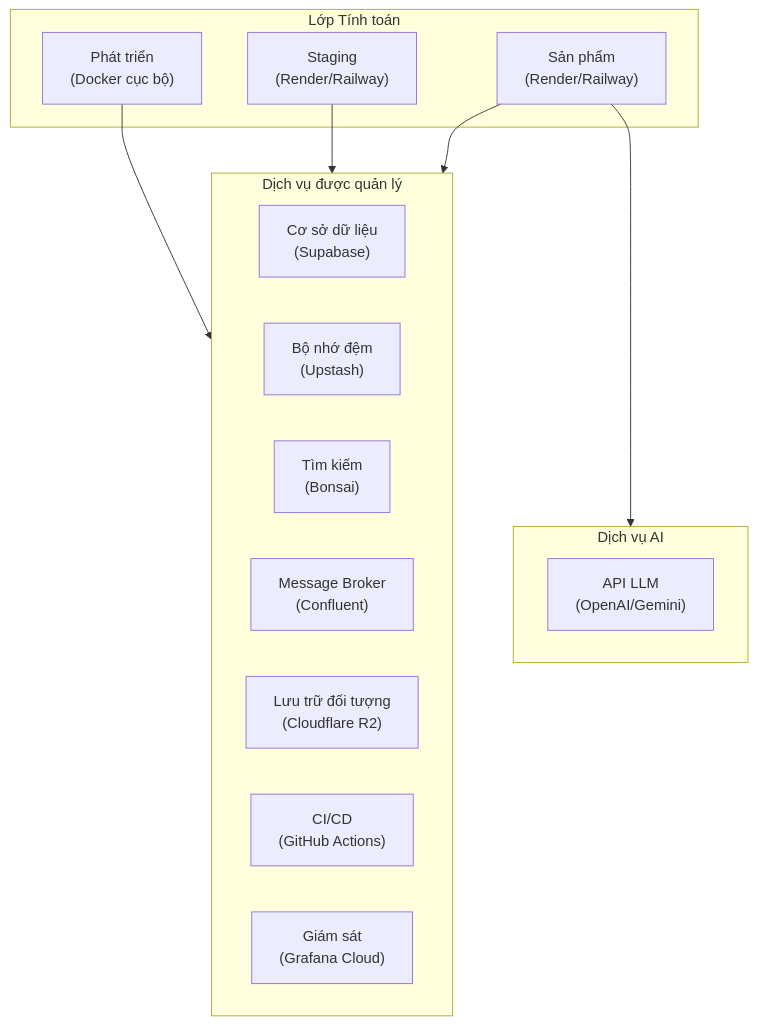
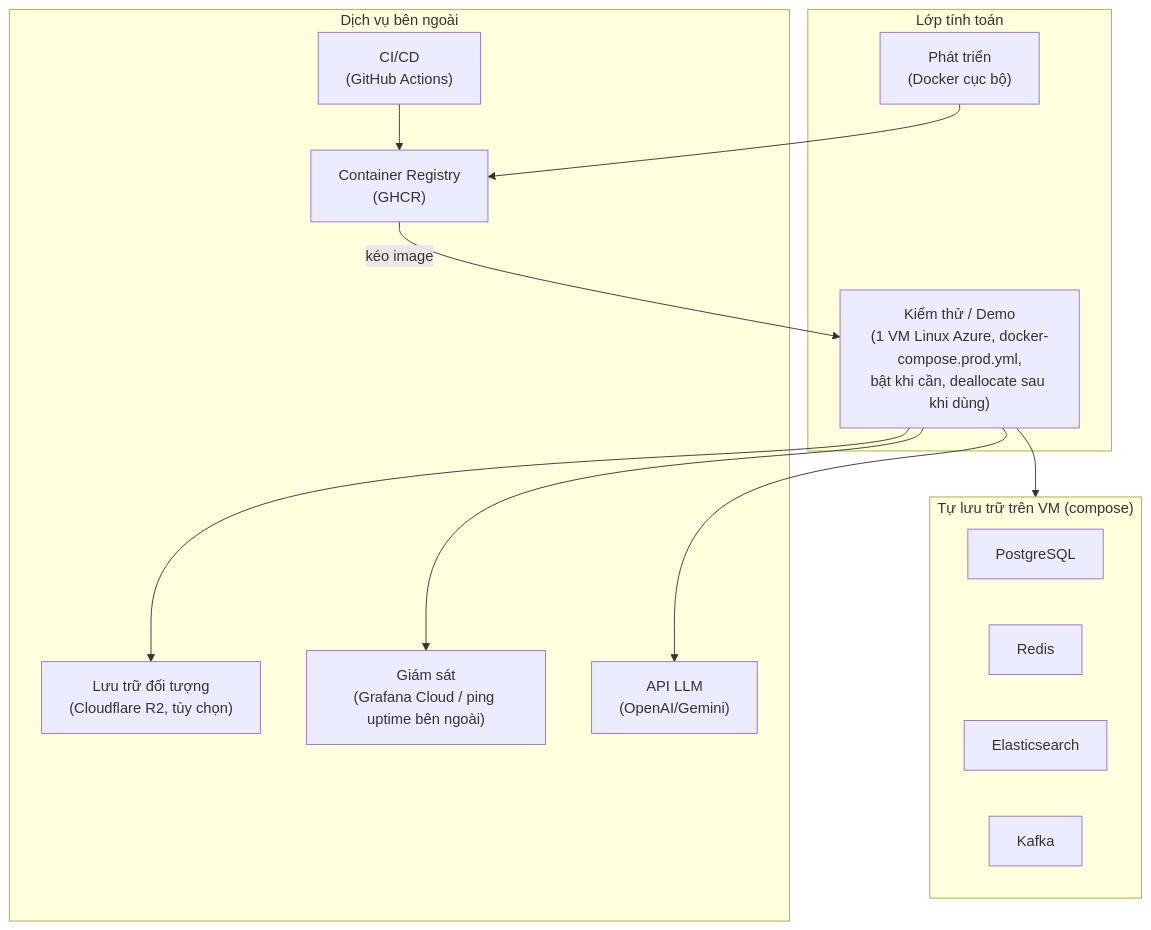
Before and after one commit to dut-pbl6-2026/job-platform-docs: the first of 5 diagrams in docs/srs/vi/9-infra-cost-analysis.vi.md, drawn with Mermaid. The commit also changed other lines of this file and 20 other files, not shown here.

````diff
--- a/docs/srs/vi/9-infra-cost-analysis.vi.md
+++ b/docs/srs/vi/9-infra-cost-analysis.vi.md
@@ -21,27 +23,30 @@
 ```mermaid
 flowchart TB
-    subgraph Compute["Lớp Tính toán"]
+    subgraph Compute["Lớp tính toán"]
         Dev["Phát triển<br/>(Docker cục bộ)"]
-        Staging["Staging<br/>(Render/Railway)"]
-        Prod["Sản phẩm<br/>(Render/Railway)"]
+        Test["Kiểm thử / Demo<br/>(1 VM Linux Azure, docker-compose.prod.yml,<br/>bật khi cần, deallocate sau khi dùng)"]
     end
 
-    subgraph Services["Dịch vụ được quản lý"]
-        DB["Cơ sở dữ liệu<br/>(Supabase)"]
-        Cache["Bộ nhớ đệm<br/>(Upstash)"]
-        Search["Tìm kiếm<br/>(Bonsai)"]
-        Broker["Message Broker<br/>(Confluent)"]
-        Storage["Lưu trữ đối tượng<br/>(Cloudflare R2)"]
-        CI["CI/CD<br/>(GitHub Actions)"]
-        Monitor["Giám sát<br/>(Grafana Cloud)"]
+    subgraph OnVM["Tự lưu trữ trên VM (compose)"]
+        DB["PostgreSQL"]
+        Cache["Redis"]
+        Search["Elasticsearch"]
+        Broker["Kafka"]
     end
 
-    subgraph AI["Dịch vụ AI"]
+    subgraph External["Dịch vụ bên ngoài"]
+        GHCR["Container Registry<br/>(GHCR)"]
+        CI["CI/CD<br/>(GitHub Actions)"]
+        Storage["Lưu trữ đối tượng<br/>(Cloudflare R2, tùy chọn)"]
+        Monitor["Giám sát<br/>(Grafana Cloud / ping uptime bên ngoài)"]
         LLM["API LLM<br/>(OpenAI/Gemini)"]
     end
 
-    Dev --> Services
-    Staging --> Services
-    Prod --> Services
-    Prod --> AI
+    Dev --> GHCR
+    CI --> GHCR
+    GHCR -->|kéo image| Test
+    Test --> OnVM
+    Test --> Storage
+    Test --> LLM
+    Test --> Monitor
 ```
````
